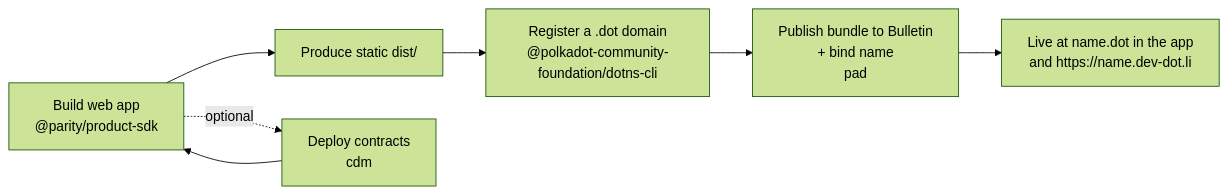
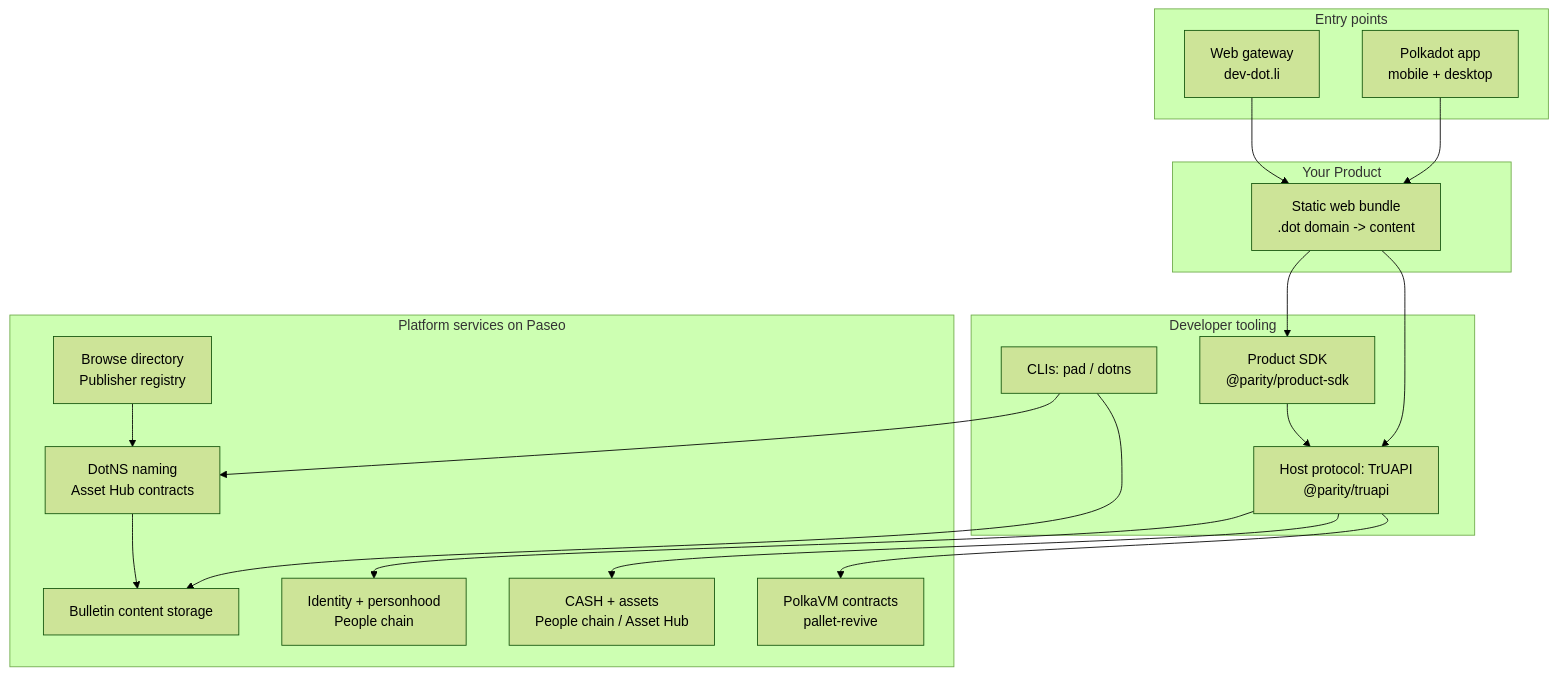
One commit to Polkadot-Community-Foundation/polkadot-app-docs changed the diagram in docs/getting-started/developers.md. Above: the diagram before and after it, drawn with Mermaid (forest theme). The commit also changed other lines of this file and 42 other files, not shown here.

````diff
--- a/docs/getting-started/developers.md
+++ b/docs/getting-started/developers.md
@@ -9,9 +24,35 @@
 ```mermaid
-flowchart LR
-  A[Build web app<br/>@parity/product-sdk] --> B[Produce static dist/]
-  B --> C[Register a .dot domain<br/>@polkadot-community-foundation/dotns-cli]
-  C --> D[Publish bundle to Bulletin<br/>+ bind name<br/>pad]
-  D --> E[Live at name.dot in the app<br/>and https://name.dev-dot.li]
-  A -. optional .-> F[Deploy contracts<br/>cdm]
-  F --> A
+flowchart TD
+  subgraph U[Entry points]
+    APP[Polkadot app<br/>mobile + desktop]
+    GW[Web gateway<br/>dev-dot.li]
+  end
+  subgraph D[Your Product]
+    BUNDLE[Static web bundle<br/>.dot domain -> content]
+  end
+  subgraph S[Developer tooling]
+    SDK[Product SDK<br/>@parity/product-sdk]
+    HOST[Host protocol: TrUAPI<br/>@parity/truapi]
+    CLIS[CLIs: pad / dotns]
+  end
+  subgraph P[Platform services on Paseo]
+    NAME[DotNS naming<br/>Asset Hub contracts]
+    STORE[Bulletin content storage]
+    ID[Identity + personhood<br/>People chain]
+    MONEY[CASH + assets<br/>People chain / Asset Hub]
+    CONTRACTS[PolkaVM contracts<br/>pallet-revive]
+    BROWSE[Browse directory<br/>Publisher registry]
+  end
+  APP --> BUNDLE
+  GW --> BUNDLE
+  BUNDLE --> HOST
+  BUNDLE --> SDK
+  SDK --> HOST
+  CLIS --> NAME
+  CLIS --> STORE
+  HOST --> ID
+  HOST --> MONEY
+  HOST --> CONTRACTS
+  NAME --> STORE
+  BROWSE --> NAME
 ```
````
